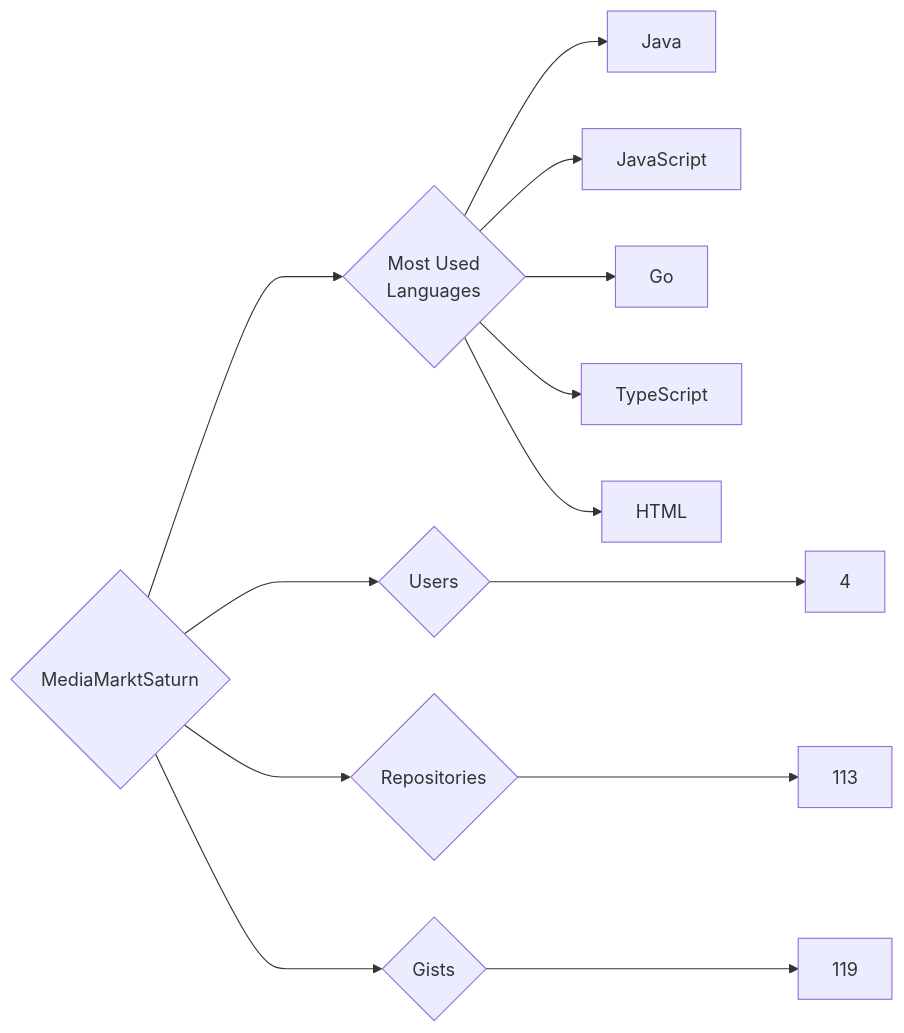
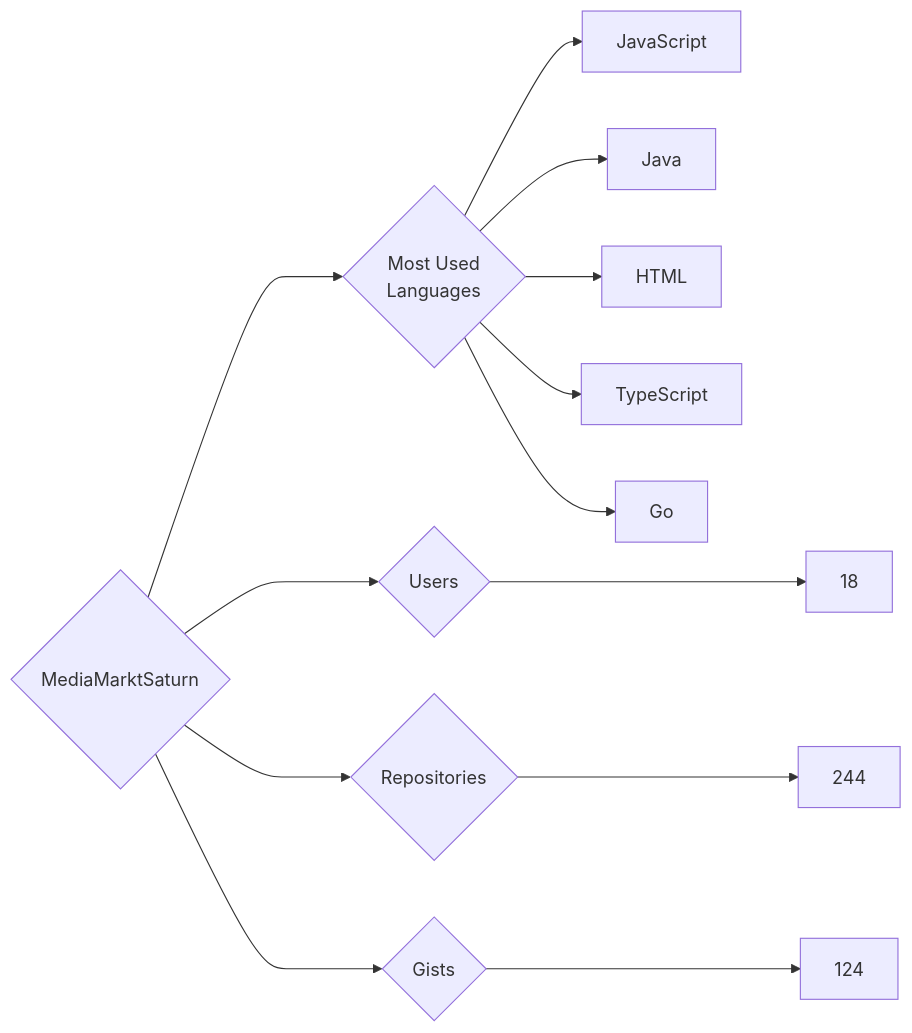
One commit to trickest/insiders changed the diagram in targets/MediaMarktSaturn/README.md. Above: the diagram before and after it, drawn with Mermaid. The commit also changed 695 other files, not shown here.

````diff
--- a/targets/MediaMarktSaturn/README.md
+++ b/targets/MediaMarktSaturn/README.md
@@ -3,13 +3,13 @@
 ```mermaid
 graph LR
 COMPANY_NAME{MediaMarktSaturn}
-COMPANY_NAME ---> U{Users} ---> UN[4]
-COMPANY_NAME ---> R{Repositories} ---> RN[113]
-COMPANY_NAME ---> G{Gists} ---> GN[119]
+COMPANY_NAME ---> U{Users} ---> UN[18]
+COMPANY_NAME ---> R{Repositories} ---> RN[244]
+COMPANY_NAME ---> G{Gists} ---> GN[124]
 COMPANY_NAME ---> ML{Most Used<br>Languages}
+ML --> JavaScript[JavaScript]
 ML --> Java[Java]
-ML --> JavaScript[JavaScript]
+ML --> HTML[HTML]
+ML --> TypeScript[TypeScript]
 ML --> Go[Go]
-ML --> TypeScript[TypeScript]
-ML --> HTML[HTML]
 ```
````
